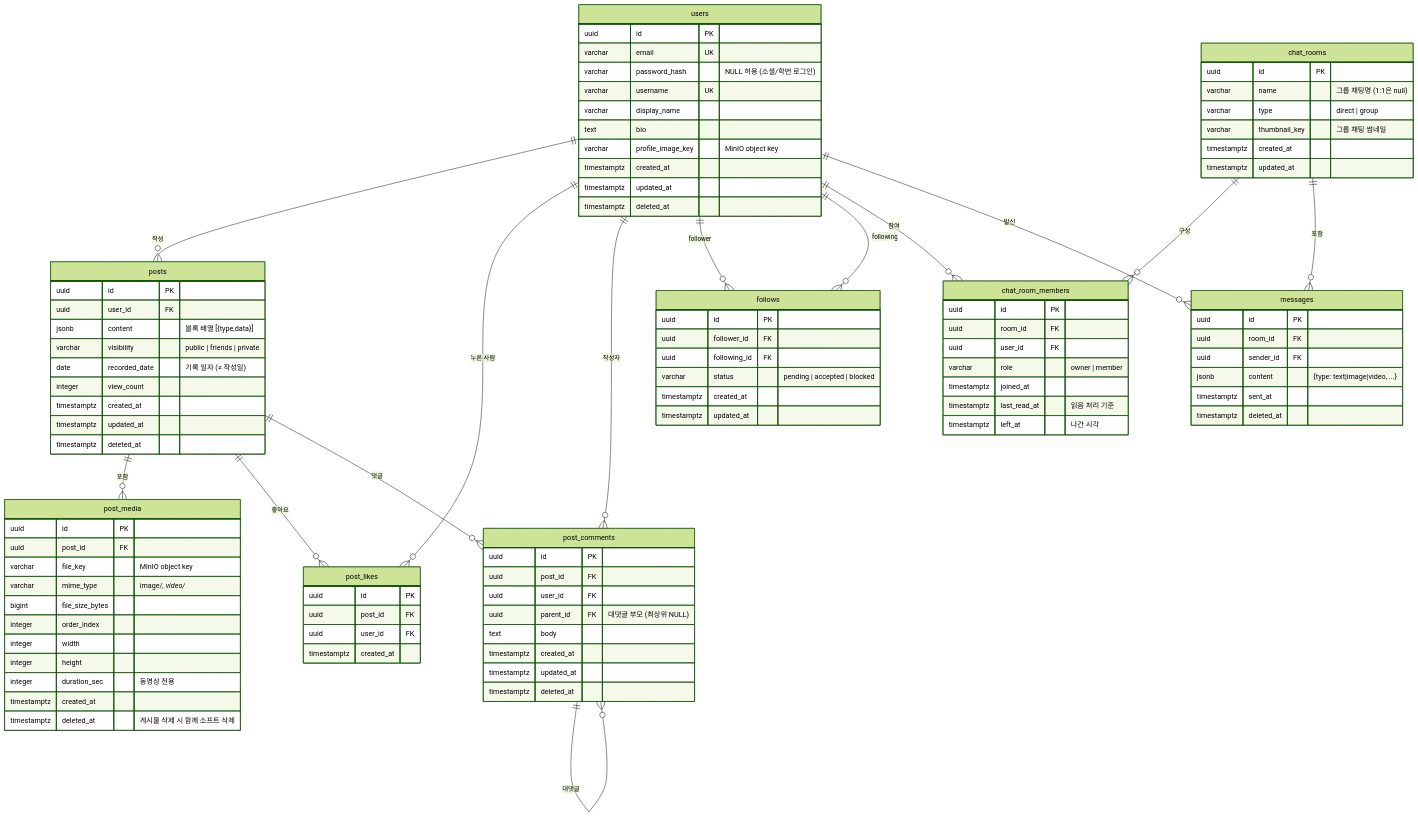
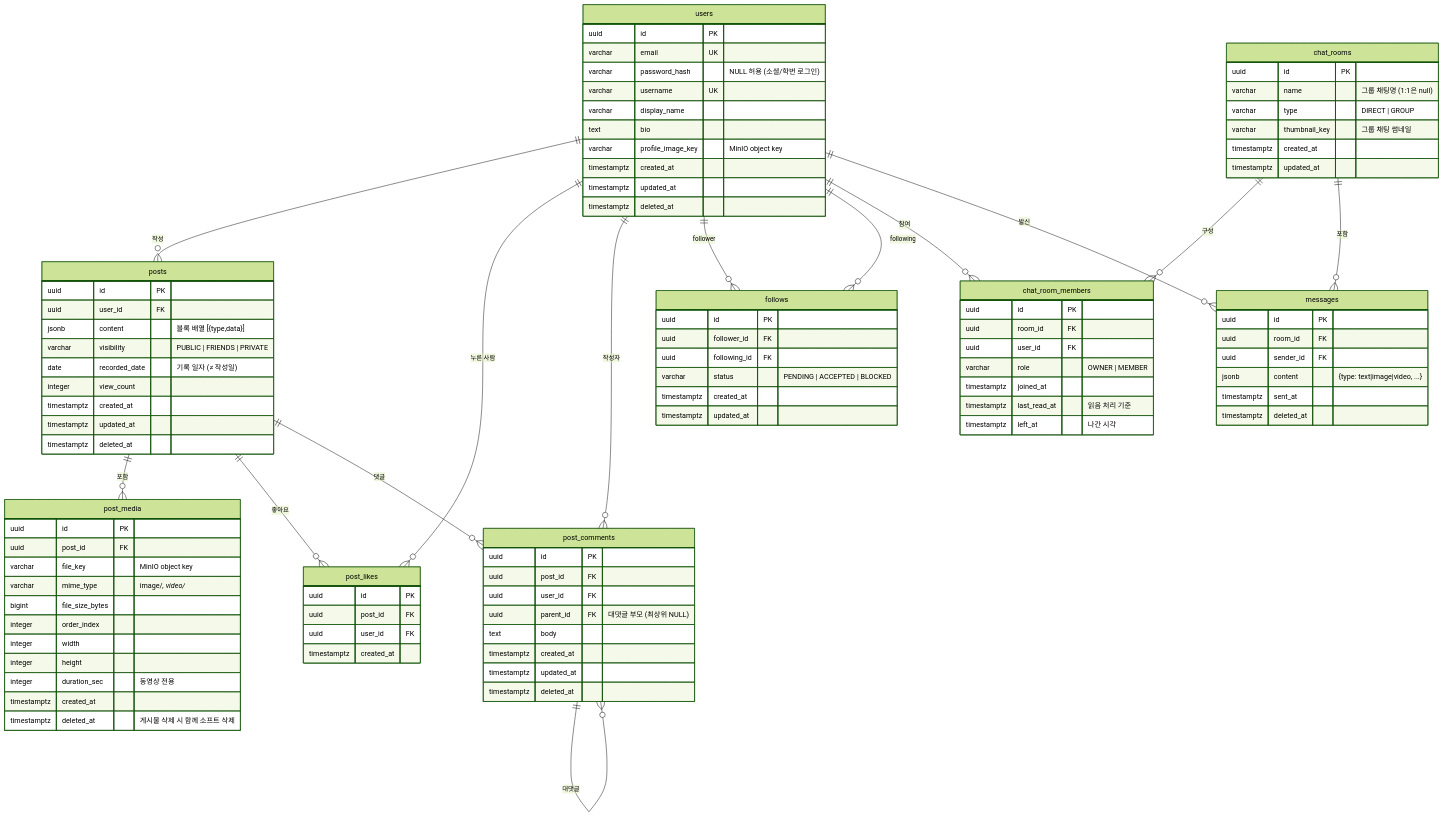
The diagram in docs/erd.md (inu-appcenter/memorIN-backend), drawn with Mermaid (forest theme) before and after one commit. The commit also changed other lines of this file and 9 other files, not shown here.

```diff
--- a/docs/erd.md
+++ b/docs/erd.md
@@ -41,7 +41,7 @@
         uuid        id              PK
         uuid        user_id         FK
         jsonb       content         "블록 배열 [{type,data}]"
-        varchar     visibility      "public | friends | private"
+        varchar     visibility      "PUBLIC | FRIENDS | PRIVATE"
         date        recorded_date   "기록 일자 (≠ 작성일)"
         integer     view_count
         timestamptz created_at
@@ -85,7 +85,7 @@
         uuid        id              PK
         uuid        follower_id     FK
         uuid        following_id    FK
-        varchar     status          "pending | accepted | blocked"
+        varchar     status          "PENDING | ACCEPTED | BLOCKED"
         timestamptz created_at
         timestamptz updated_at
     }
@@ -93,7 +93,7 @@
     chat_rooms {
         uuid        id              PK
         varchar     name            "그룹 채팅명 (1:1은 null)"
-        varchar     type            "direct | group"
+        varchar     type            "DIRECT | GROUP"
         varchar     thumbnail_key   "그룹 채팅 썸네일"
         timestamptz created_at
         timestamptz updated_at
@@ -103,7 +103,7 @@
         uuid        id              PK
         uuid        room_id         FK
         uuid        user_id         FK
-        varchar     role            "owner | member"
+        varchar     role            "OWNER | MEMBER"
         timestamptz joined_at
         timestamptz last_read_at    "읽음 처리 기준"
         timestamptz left_at         "나간 시각"
```
